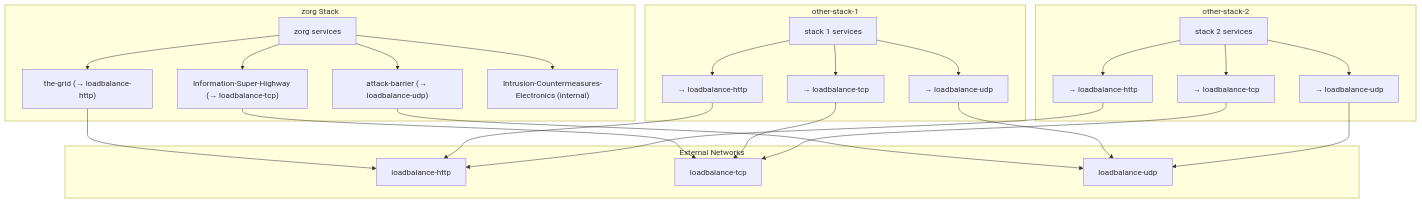
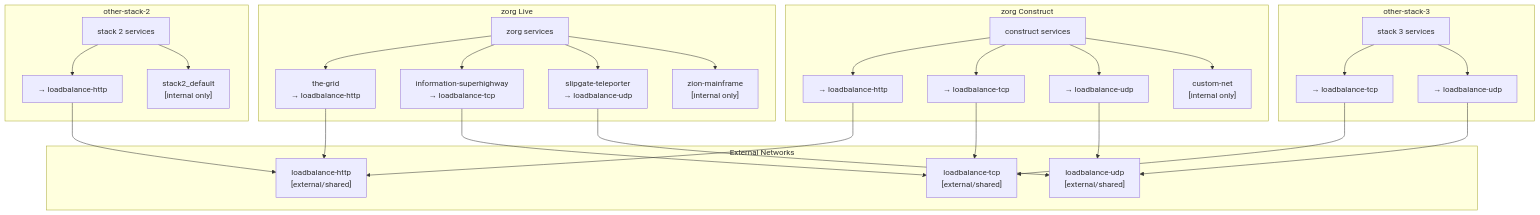
Before and after one commit to zorgch/zorg-docker: the diagram in README.md, drawn with Mermaid. The commit also changed other lines of this file and 2 other files, not shown here.

Commit message:
docker-compose: Refactor "networks:" & "ports:"

````diff
--- a/README.md
+++ b/README.md
@@ -214,49 +223,58 @@
 ```mermaid
 graph TD
   %% Externe Netzwerke
   subgraph External Networks
-    lb_http[loadbalance-http]
-    lb_tcp[loadbalance-tcp]
-    lb_udp[loadbalance-udp]
+    lb_http["loadbalance-http<br>[external/shared]"]
+    lb_tcp["loadbalance-tcp<br>[external/shared]"]
+    lb_udp["loadbalance-udp<br>[external/shared]"]
   end
 
-  %% zorg Stack
-  subgraph zorg Stack
+  %% zorg Main
+  subgraph zorg Live
     zorg[zorg services]
-    thegrid["the-grid (→ loadbalance-http)"]
-    infosuper["Information-Super-Highway (→ loadbalance-tcp)"]
-    attackbarrier["attack-barrier (→ loadbalance-udp)"]
-    ice["Intrusion-Countermeasures-Electronics (internal)"]
+    grid["the-grid<br>→ loadbalance-http"]
+    superhighway["information-superhighway<br>→ loadbalance-tcp"]
+    slipgate["slipgate-teleporter<br>→ loadbalance-udp"]
+    zion["zion-mainframe<br>[internal only]"]
+  end
+
+  %% zorg Construct
+  subgraph zorg Construct
+    stack1[construct services]
+    stack1_http["→ loadbalance-http"]
+    stack1_tcp["→ loadbalance-tcp"]
+    stack1_udp["→ loadbalance-udp"]
+    internalnet["custom-net<br>[internal only]"]
   end
 
   %% Weitere Stacks
-  subgraph other-stack-1
-    stack1[stack 1 services]
-    stack1_http["→ loadbalance-http"]
-    stack1_tcp["→ loadbalance-tcp"]
-    stack1_udp["→ loadbalance-udp"]
-  end
-
   subgraph other-stack-2
     stack2[stack 2 services]
     stack2_http["→ loadbalance-http"]
-    stack2_tcp["→ loadbalance-tcp"]
-    stack2_udp["→ loadbalance-udp"]
+    stack2_internalnet["stack2_default<br>[internal only]"]
+  end
+
+  subgraph other-stack-3
+    stack3[stack 3 services]
+    stack3_tcp["→ loadbalance-tcp"]
+    stack3_udp["→ loadbalance-udp"]
   end
 
   %% Verbindungen zorg
-  zorg --> thegrid --> lb_http
-  zorg --> infosuper --> lb_tcp
-  zorg --> attackbarrier --> lb_udp
-  zorg --> ice
+  zorg --> grid --> lb_http
+  zorg --> superhighway --> lb_tcp
+  zorg --> slipgate --> lb_udp
+  zorg --> zion
 
   %% Verbindungen andere Stacks
   stack1 --> stack1_http --> lb_http
   stack1 --> stack1_tcp --> lb_tcp
   stack1 --> stack1_udp --> lb_udp
+  stack1 --> internalnet
 
   stack2 --> stack2_http --> lb_http
-  stack2 --> stack2_tcp --> lb_tcp
-  stack2 --> stack2_udp --> lb_udp
+  stack2 --> stack2_internalnet
 
+  stack3 --> stack3_tcp --> lb_tcp
+  stack3 --> stack3_udp --> lb_udp
 ```
````
